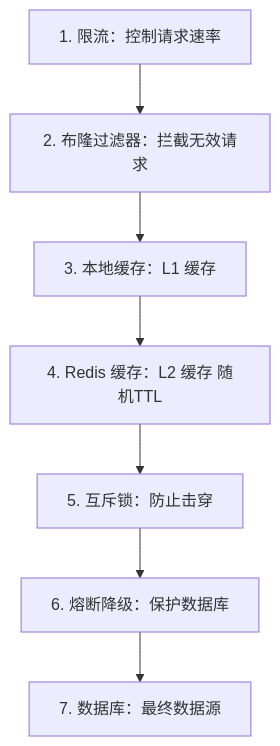
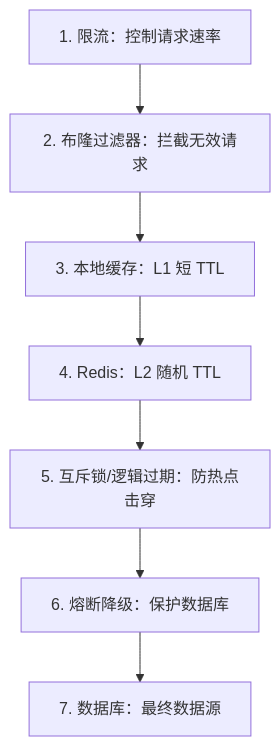
Before and after one commit to fanquanpp/FANDEX: the diagram in cnt-content/full/019-redis/120-CachePenetrationBreakdownAvalanche.md, drawn with Mermaid. The commit also changed other lines of this file and 48 other files, not shown here.

````diff
--- a/cnt-content/full/019-redis/120-CachePenetrationBreakdownAvalanche.md
+++ b/cnt-content/full/019-redis/120-CachePenetrationBreakdownAvalanche.md
@@ -281,9 +285,9 @@
 ```mermaid
 flowchart TD
     S1[1. 限流：控制请求速率] --> S2[2. 布隆过滤器：拦截无效请求]
-    S2 --> S3[3. 本地缓存：L1 缓存]
-    S3 --> S4[4. Redis 缓存：L2 缓存 随机TTL]
-    S4 --> S5[5. 互斥锁：防止击穿]
+    S2 --> S3[3. 本地缓存：L1 短 TTL]
+    S3 --> S4[4. Redis：L2 随机 TTL]
+    S4 --> S5[5. 互斥锁/逻辑过期：防热点击穿]
     S5 --> S6[6. 熔断降级：保护数据库]
     S6 --> S7[7. 数据库：最终数据源]
 ```
````
